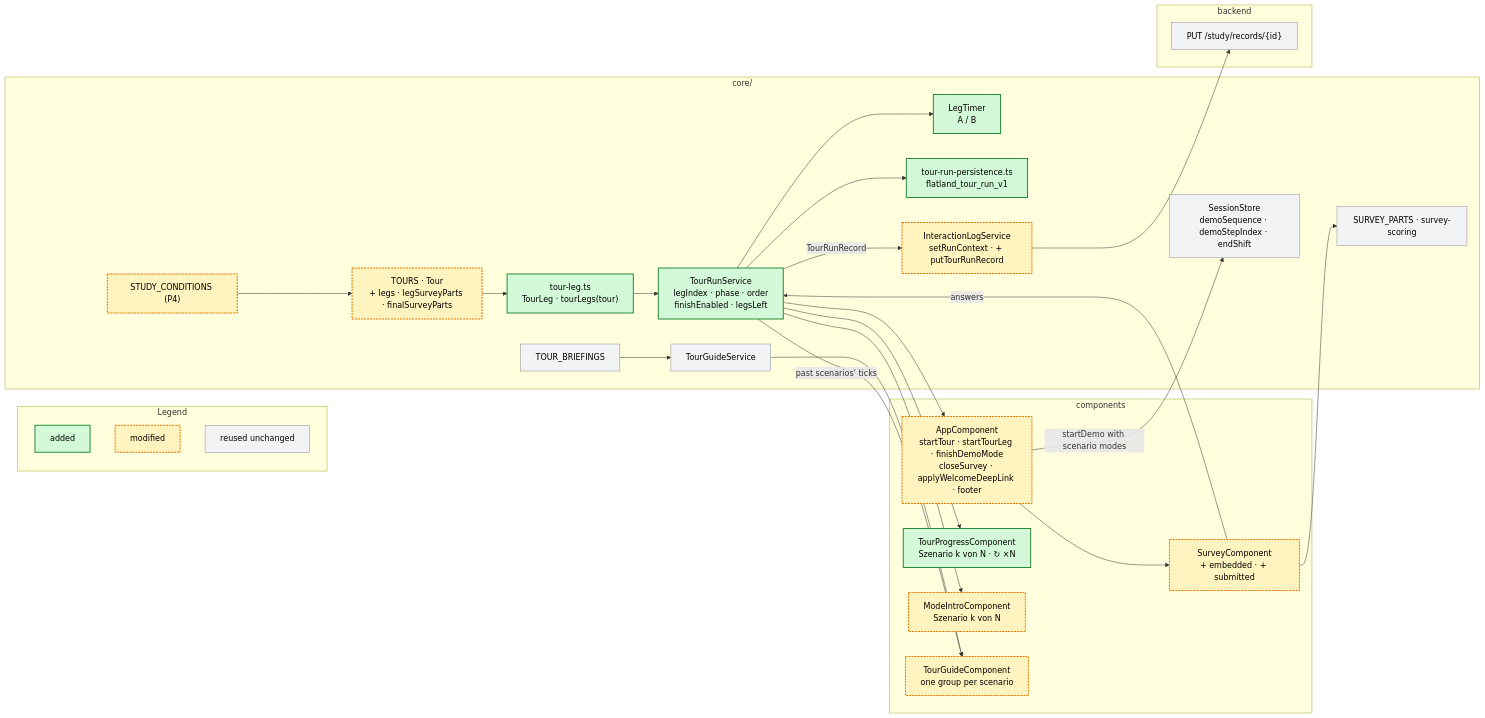
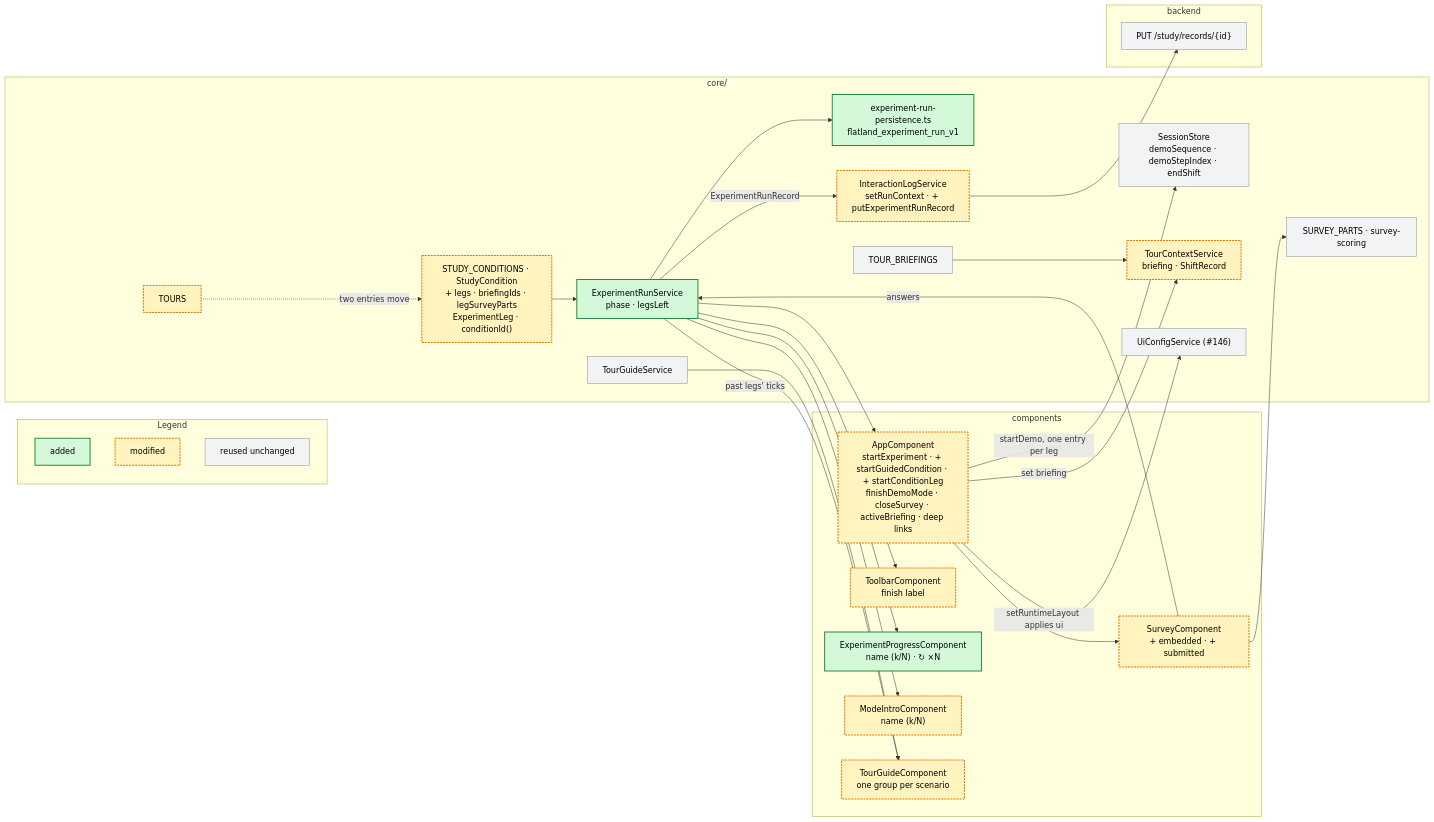
The third of 3 diagrams in docs/plans/experiment-workflow.md (flatland-association/flatland-ui-hub), drawn with Mermaid before and after one commit. The commit also changed other lines of this file and 1 other file, not shown here.

First line of the commit message:
docs(plans): base the #131 experiment workflow on StudyCondition

````diff
--- a/docs/plans/experiment-workflow.md
+++ b/docs/plans/experiment-workflow.md
@@ -516,74 +578,77 @@
 ```mermaid
 flowchart LR
   subgraph legend [Legend]
     direction TB
     LA[added]
     LM[modified]
     LU[reused unchanged]
   end
 
   subgraph core [core/]
-    Tours["TOURS · Tour<br/>+ legs · legSurveyParts · finalSurveyParts"]
-    Norm["tour-leg.ts<br/>TourLeg · tourLegs(tour)"]
-    Run["TourRunService<br/>legIndex · phase · order<br/>finishEnabled · legsLeft"]
-    Timer["LegTimer<br/>A / B"]
-    Persist["tour-run-persistence.ts<br/>flatland_tour_run_v1"]
-    Log["InteractionLogService<br/>setRunContext · + putTourRunRecord"]
-    Cond["STUDY_CONDITIONS (P4)"]
+    Cond["STUDY_CONDITIONS · StudyCondition<br/>+ legs · briefingIds · legSurveyParts<br/>ExperimentLeg · conditionId()"]
+    Run["ExperimentRunService<br/>phase · legsLeft"]
+    Persist["experiment-run-persistence.ts<br/>flatland_experiment_run_v1"]
+    Log["InteractionLogService<br/>setRunContext · + putExperimentRunRecord"]
     Store["SessionStore<br/>demoSequence · demoStepIndex · endShift"]
+    Ctx["TourContextService<br/>briefing · ShiftRecord"]
     Guide["TourGuideService"]
     Briefings["TOUR_BRIEFINGS"]
     Surveys["SURVEY_PARTS · survey-scoring"]
+    UiCfg["UiConfigService (#146)"]
+    Tours["TOURS"]
   end
 
   subgraph ui [components]
-    App["AppComponent<br/>startTour · startTourLeg · finishDemoMode<br/>closeSurvey · applyWelcomeDeepLink · footer"]
-    Progress["TourProgressComponent<br/>Szenario k von N · ↻ ×N"]
+    App["AppComponent<br/>startExperiment · + startGuidedCondition · + startConditionLeg<br/>finishDemoMode · closeSurvey · activeBriefing · deep links"]
+    Toolbar["ToolbarComponent<br/>finish label"]
+    Progress["ExperimentProgressComponent<br/>name (k/N) · ↻ ×N"]
     Survey["SurveyComponent<br/>+ embedded · + submitted"]
-    Intro["ModeIntroComponent<br/>Szenario k von N"]
+    Intro["ModeIntroComponent<br/>name (k/N)"]
     GuideUi["TourGuideComponent<br/>one group per scenario"]
   end
 
   subgraph be [backend]
     Sink["PUT /study/records/{id}"]
   end
 
-  Tours --> Norm
-  Norm --> Run
-  Run --> Timer
+  Cond --> Run
   Run --> Persist
   Run --> App
-  App -- startDemo with scenario modes --> Store
+  App -- startDemo, one entry per leg --> Store
+  App -- set briefing --> Ctx
+  App -- setRuntimeLayout applies ui --> UiCfg
   Run --> Progress
   Run --> Intro
-  Run -- past scenarios' ticks --> GuideUi
+  Run --> Toolbar
+  Run -- past legs' ticks --> GuideUi
   Guide --> GuideUi
-  Briefings --> Guide
+  Briefings --> Ctx
   App --> Survey
   Survey -- answers --> Run
   Survey --> Surveys
-  Run -- TourRunRecord --> Log
+  Run -- ExperimentRunRecord --> Log
   Log --> Sink
-  Cond --> Tours
+  Tours -. two entries move .-> Cond
 
   style LA fill:#d3f9d8,stroke:#2b8a3e,stroke-width:2px,color:#000
   style LM fill:#fff3bf,stroke:#e67700,stroke-width:2px,stroke-dasharray:4 2,color:#000
   style LU fill:#f1f3f5,stroke:#868e96,color:#000
-  style Tours fill:#fff3bf,stroke:#e67700,stroke-width:2px,stroke-dasharray:4 2,color:#000
-  style Norm fill:#d3f9d8,stroke:#2b8a3e,stroke-width:2px,color:#000
+  style Cond fill:#fff3bf,stroke:#e67700,stroke-width:2px,stroke-dasharray:4 2,color:#000
   style Run fill:#d3f9d8,stroke:#2b8a3e,stroke-width:2px,color:#000
-  style Timer fill:#d3f9d8,stroke:#2b8a3e,stroke-width:2px,color:#000
   style Persist fill:#d3f9d8,stroke:#2b8a3e,stroke-width:2px,color:#000
   style Log fill:#fff3bf,stroke:#e67700,stroke-width:2px,stroke-dasharray:4 2,color:#000
-  style Cond fill:#fff3bf,stroke:#e67700,stroke-width:2px,stroke-dasharray:4 2,color:#000
   style Store fill:#f1f3f5,stroke:#868e96,color:#000
+  style Ctx fill:#fff3bf,stroke:#e67700,stroke-width:2px,stroke-dasharray:4 2,color:#000
   style Guide fill:#f1f3f5,stroke:#868e96,color:#000
   style Briefings fill:#f1f3f5,stroke:#868e96,color:#000
   style Surveys fill:#f1f3f5,stroke:#868e96,color:#000
+  style UiCfg fill:#f1f3f5,stroke:#868e96,color:#000
+  style Tours fill:#fff3bf,stroke:#e67700,stroke-width:2px,stroke-dasharray:4 2,color:#000
   style App fill:#fff3bf,stroke:#e67700,stroke-width:2px,stroke-dasharray:4 2,color:#000
+  style Toolbar fill:#fff3bf,stroke:#e67700,stroke-width:2px,stroke-dasharray:4 2,color:#000
   style Progress fill:#d3f9d8,stroke:#2b8a3e,stroke-width:2px,color:#000
   style Survey fill:#fff3bf,stroke:#e67700,stroke-width:2px,stroke-dasharray:4 2,color:#000
   style Intro fill:#fff3bf,stroke:#e67700,stroke-width:2px,stroke-dasharray:4 2,color:#000
   style GuideUi fill:#fff3bf,stroke:#e67700,stroke-width:2px,stroke-dasharray:4 2,color:#000
   style Sink fill:#f1f3f5,stroke:#868e96,color:#000
 ```
````
